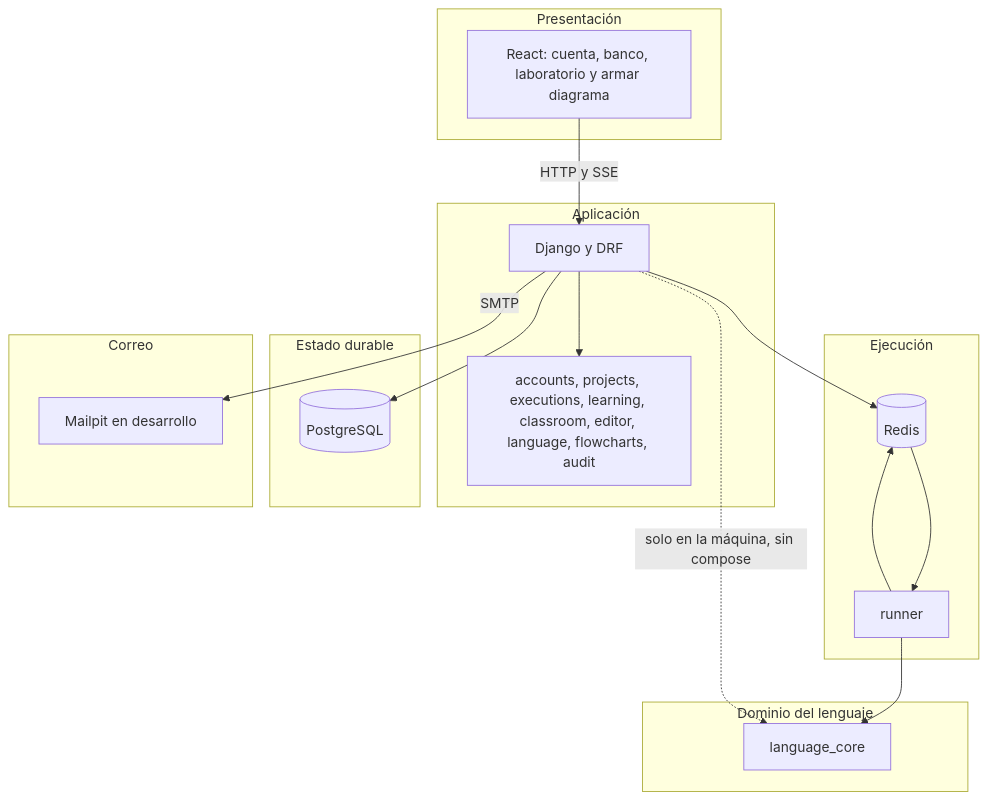
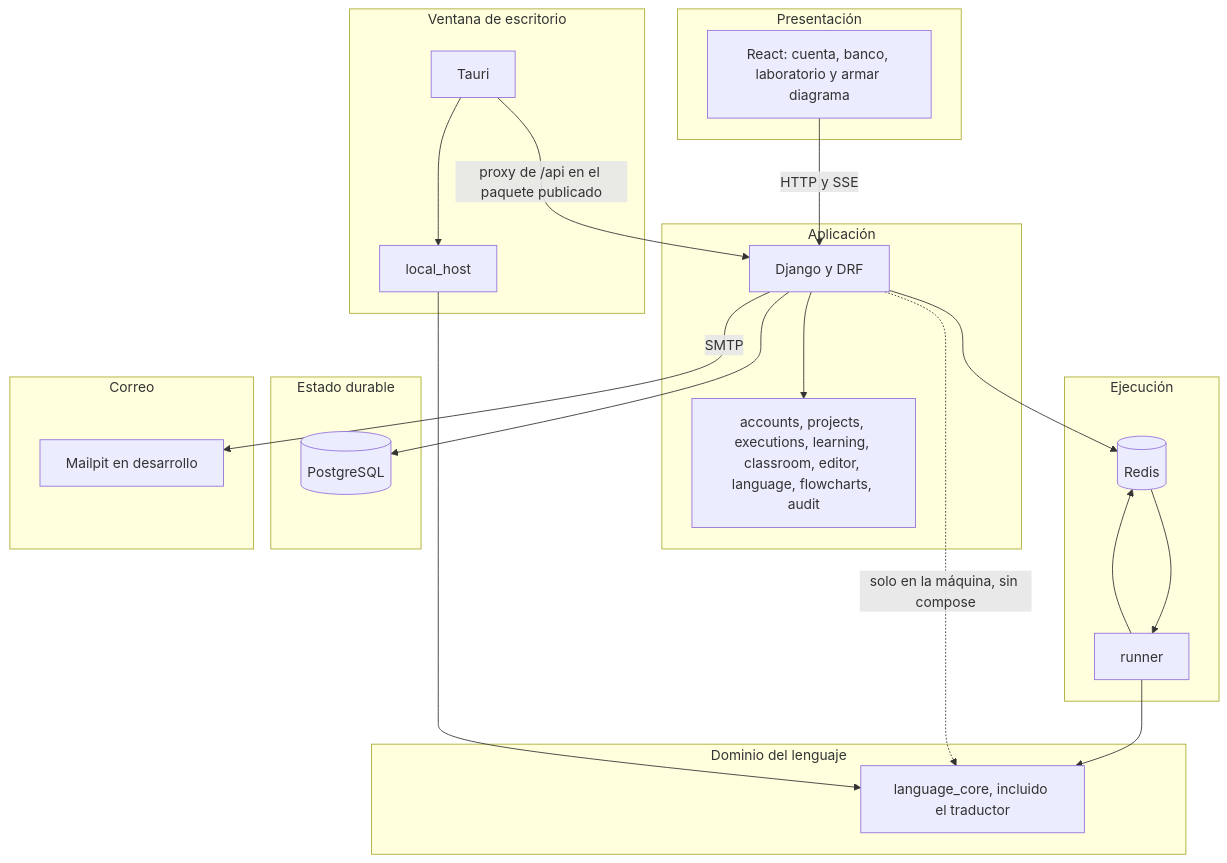
The diagram in docs/vistas/arquitectura-logica.md (roque-code/FCDesign_client_server), drawn with Mermaid before and after one commit. The commit also changed other lines of this file and 62 other files, not shown here.

````diff
--- a/docs/vistas/arquitectura-logica.md
+++ b/docs/vistas/arquitectura-logica.md
@@ -5,33 +5,40 @@
 ```mermaid
 flowchart TB
     subgraph presentacion [Presentación]
         react[React: cuenta, banco, laboratorio y armar diagrama]
     end
     subgraph aplicacion [Aplicación]
         django[Django y DRF]
         apps[accounts, projects, executions, learning, classroom, editor, language, flowcharts, audit]
     end
     subgraph dominio [Dominio del lenguaje]
-        core[language_core]
+        core[language_core, incluido el traductor]
+    end
+    subgraph escritorio [Ventana de escritorio]
+        tauri[Tauri]
+        host[local_host]
     end
     subgraph ejecucion [Ejecución]
         runner[runner]
         redis[(Redis)]
     end
     subgraph estado [Estado durable]
         pg[(PostgreSQL)]
     end
     subgraph correo [Correo]
         mail[Mailpit en desarrollo]
     end
 
     react -->|HTTP y SSE| django
     django --> apps
     django --> pg
     django --> redis
     django -->|SMTP| mail
     redis --> runner
     runner --> core
     runner --> redis
     django -.->|solo en la máquina, sin compose| core
+    tauri --> host
+    host --> core
+    tauri -->|proxy de /api en el paquete publicado| django
 ```
````
